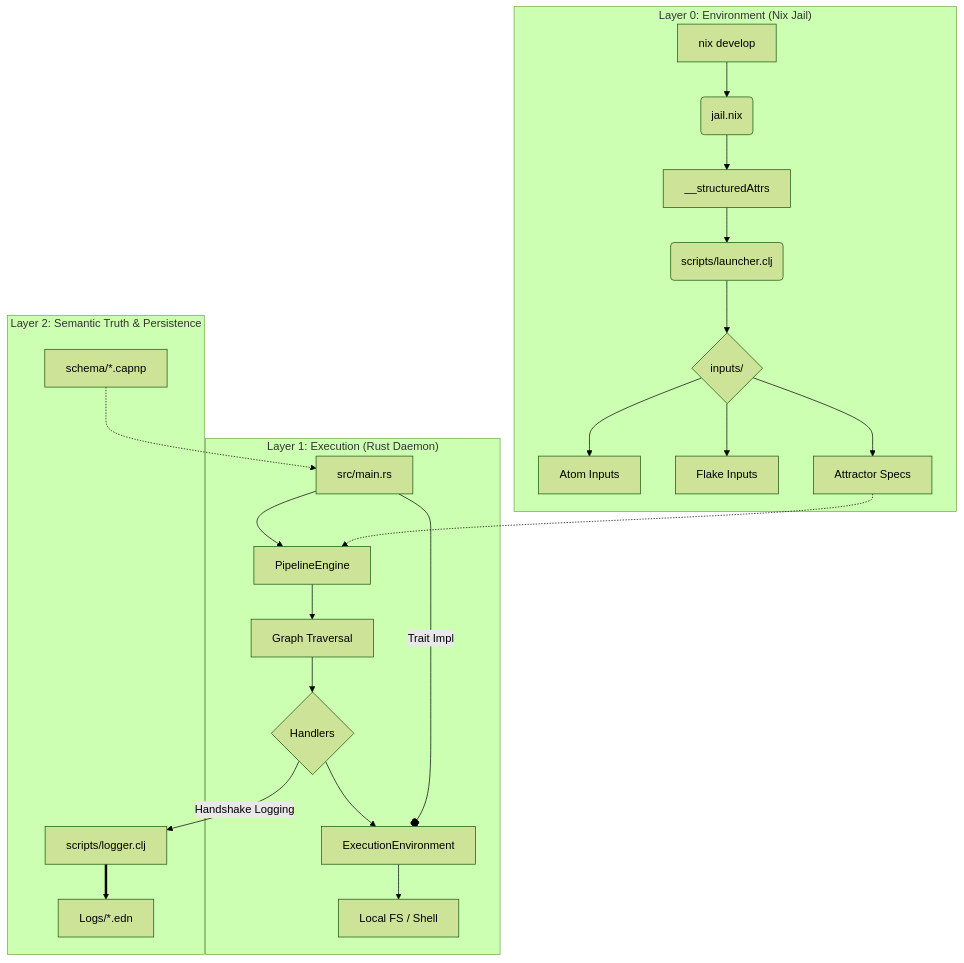
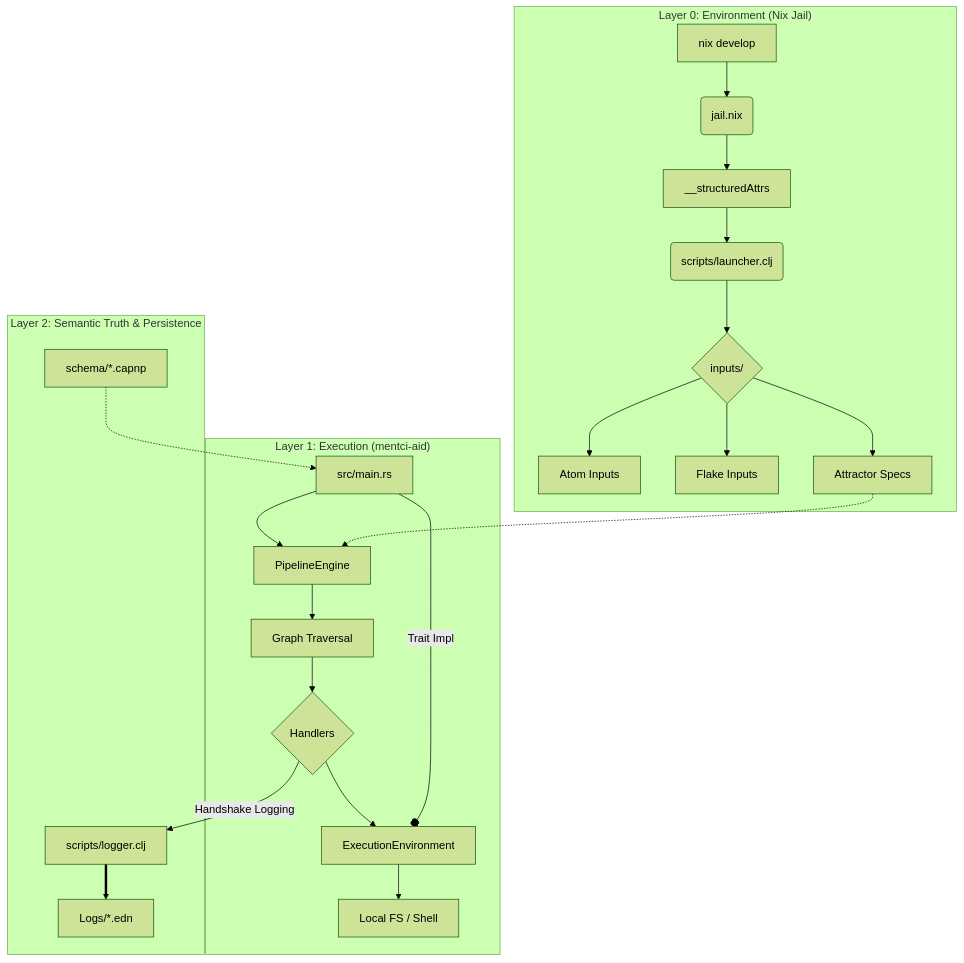
The diagram in ARCHITECTURE.md (LiGoldragon/Mentci-AI), drawn with Mermaid (forest theme) before and after one commit. The commit also changed other lines of this file and 1411 other files, not shown here.

First line of the commit message:
release: v0.12.3.45.53 - identify mentci-aid as core daemon logic ♓︎ 3° 45' 53" | 5919 AM

````diff
--- a/ARCHITECTURE.md
+++ b/ARCHITECTURE.md
@@ -7,29 +7,29 @@
 ```mermaid
 graph TD
     subgraph "Layer 0: Environment (Nix Jail)"
         A[nix develop] --> B(jail.nix)
         B --> C[__structuredAttrs]
         C --> D(scripts/launcher.clj)
         D --> E{inputs/}
         E --> E1[Atom Inputs]
         E --> E2[Flake Inputs]
         E --> E3[Attractor Specs]
     end
 
-    subgraph "Layer 1: Execution (Rust Daemon)"
+    subgraph "Layer 1: Execution (mentci-aid)"
         F[src/main.rs] --> G[PipelineEngine]
         G --> H[Graph Traversal]
         H --> I{Handlers}
         I --> J[ExecutionEnvironment]
         J --> K[Local FS / Shell]
     end
 
     subgraph "Layer 2: Semantic Truth & Persistence"
         L[schema/*.capnp] -.-> F
         M[scripts/logger.clj] ==> N[Logs/*.edn]
         I -- Handshake Logging --> M
     end
 
     E3 -.-> G
     F -- Trait Impl --o J
 ```
````
